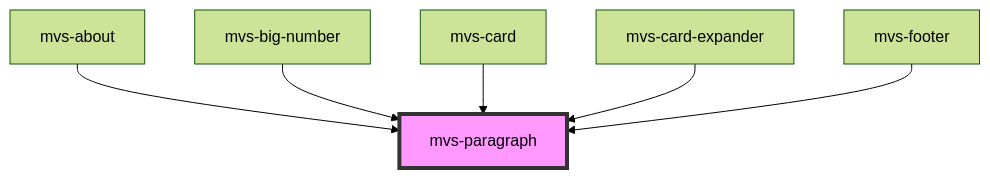
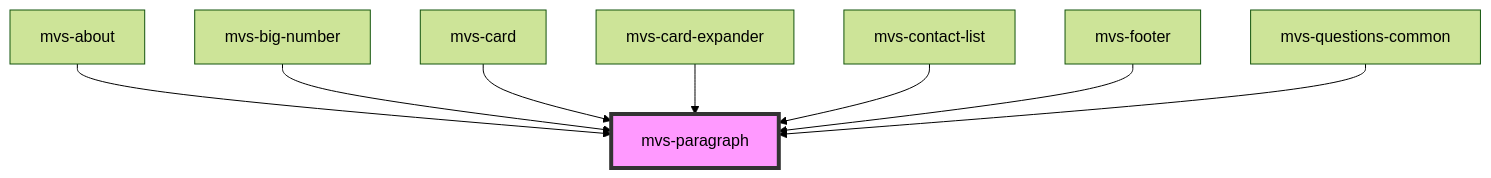
The diagram in src/components/typography/mvs-paragraph/readme.md (rafaela-vairo/mvs-design-system), drawn with Mermaid (forest theme) before and after one commit. The commit also changed other lines of this file and 11 other files, not shown here.

````diff
--- a/src/components/typography/mvs-paragraph/readme.md
+++ b/src/components/typography/mvs-paragraph/readme.md
@@ -27,9 +30,11 @@
 ```mermaid
 graph TD;
   mvs-about --> mvs-paragraph
   mvs-big-number --> mvs-paragraph
   mvs-card --> mvs-paragraph
   mvs-card-expander --> mvs-paragraph
+  mvs-contact-list --> mvs-paragraph
   mvs-footer --> mvs-paragraph
+  mvs-questions-common --> mvs-paragraph
   style mvs-paragraph fill:#f9f,stroke:#333,stroke-width:4px
 ```
````
